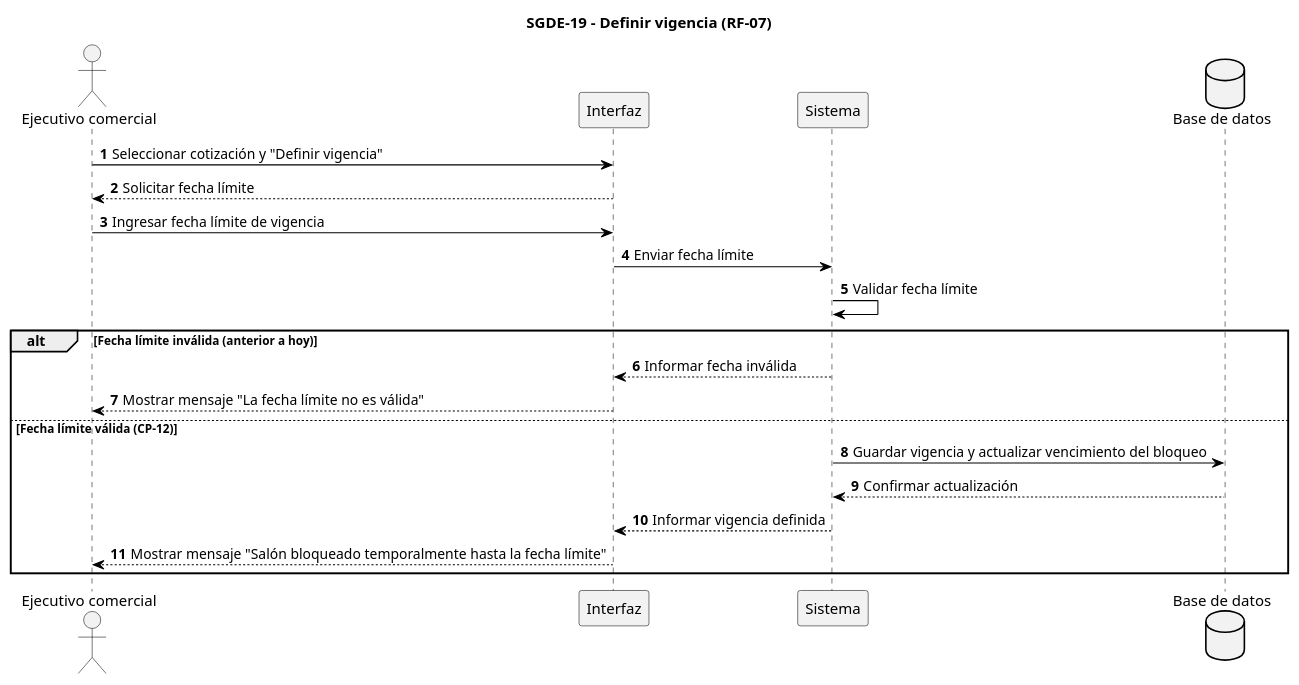
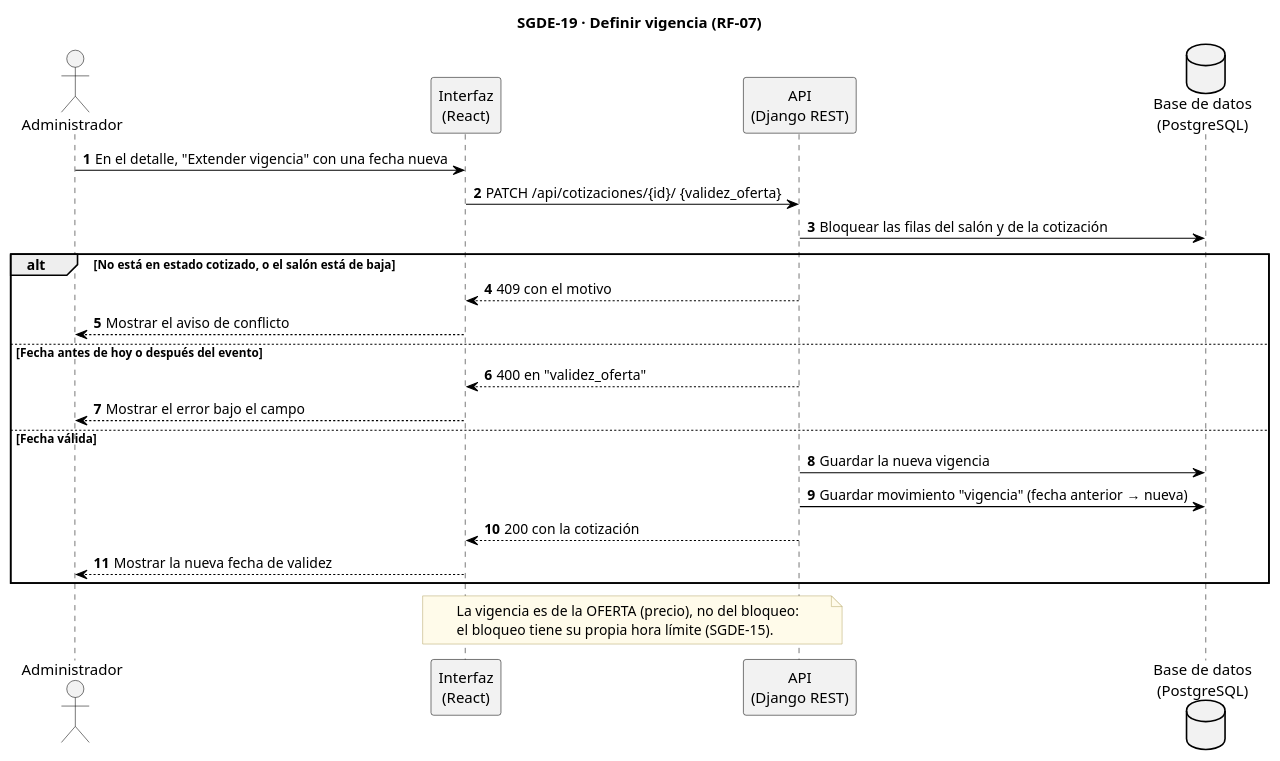
One commit to AndreCamx2/Gestion-De-Eventos changed the diagram in docs/diagramas_secuencia_sgde_v3/SGDE-19_Definir_vigencia_secuencia.puml. Above: the diagram before and after it, drawn with PlantUML. The commit also changed 172 other files, not shown here.

First line of the commit message:
docs(diagramas): alinear los diagramas con el sistema construido

```diff
--- a/docs/diagramas_secuencia_sgde_v3/SGDE-19_Definir_vigencia_secuencia.puml
+++ b/docs/diagramas_secuencia_sgde_v3/SGDE-19_Definir_vigencia_secuencia.puml
@@ -1,38 +1,46 @@
 @startuml SGDE-19_Definir_vigencia_secuencia
-title SGDE-19 - Definir vigencia (RF-07)
+title SGDE-19 · Definir vigencia (RF-07)
 skinparam backgroundColor white
 skinparam sequence {
   ArrowColor black
   LifeLineBorderColor black
   ParticipantBorderColor black
   ParticipantBackgroundColor #F2F2F2
   ActorBorderColor black
   ActorBackgroundColor #F2F2F2
 }
 skinparam database {
   BackgroundColor #F2F2F2
   BorderColor black
 }
+skinparam note {
+  BackgroundColor #FFFBEA
+  BorderColor #B8A86B
+}
 autonumber
 
-actor "Ejecutivo comercial" as EC
-participant "Interfaz" as UI
-participant "Sistema" as SI
-database "Base de datos" as BD
+actor "Administrador" as AD
+participant "Interfaz\n(React)" as UI
+participant "API\n(Django REST)" as SI
+database "Base de datos\n(PostgreSQL)" as BD
 
-EC -> UI : Seleccionar cotización y "Definir vigencia"
-UI --> EC : Solicitar fecha límite
-EC -> UI : Ingresar fecha límite de vigencia
-UI -> SI : Enviar fecha límite
-SI -> SI : Validar fecha límite
-
-alt Fecha límite inválida (anterior a hoy)
-  SI --> UI : Informar fecha inválida
-  UI --> EC : Mostrar mensaje "La fecha límite no es válida"
-else Fecha límite válida (CP-12)
-  SI -> BD : Guardar vigencia y actualizar vencimiento del bloqueo
-  BD --> SI : Confirmar actualización
-  SI --> UI : Informar vigencia definida
-  UI --> EC : Mostrar mensaje "Salón bloqueado temporalmente hasta la fecha límite"
+AD -> UI : En el detalle, "Extender vigencia" con una fecha nueva
+UI -> SI : PATCH /api/cotizaciones/{id}/ {validez_oferta}
+SI -> BD : Bloquear las filas del salón y de la cotización
+alt No está en estado cotizado, o el salón está de baja
+  SI --> UI : 409 con el motivo
+  UI --> AD : Mostrar el aviso de conflicto
+else Fecha antes de hoy o después del evento
+  SI --> UI : 400 en "validez_oferta"
+  UI --> AD : Mostrar el error bajo el campo
+else Fecha válida
+  SI -> BD : Guardar la nueva vigencia
+  SI -> BD : Guardar movimiento "vigencia" (fecha anterior → nueva)
+  SI --> UI : 200 con la cotización
+  UI --> AD : Mostrar la nueva fecha de validez
 end
+note over UI, SI
+  La vigencia es de la OFERTA (precio), no del bloqueo:
+  el bloqueo tiene su propia hora límite (SGDE-15).
+end note
 @enduml
```
